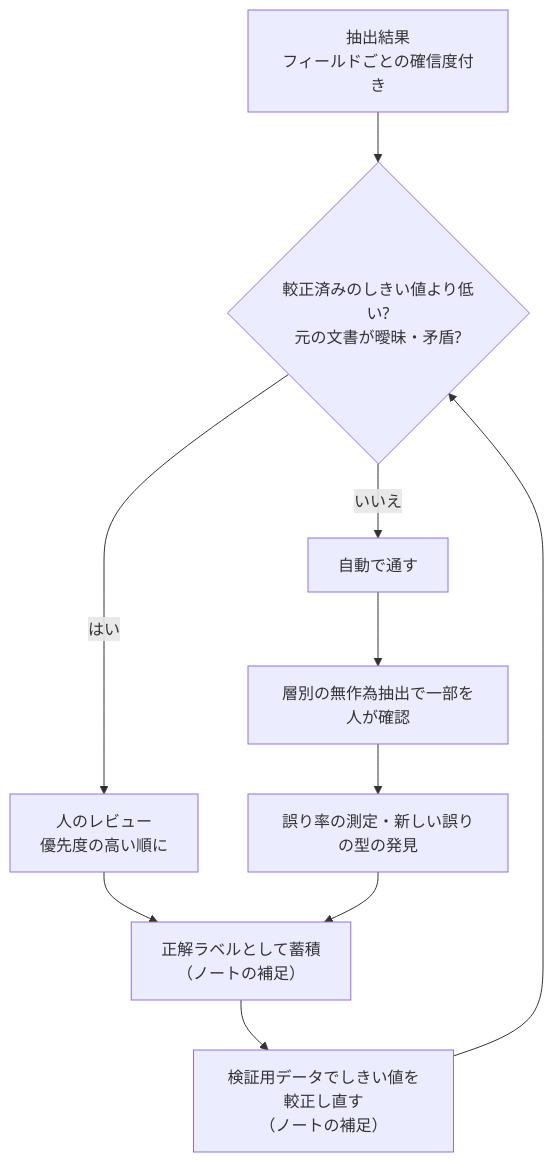
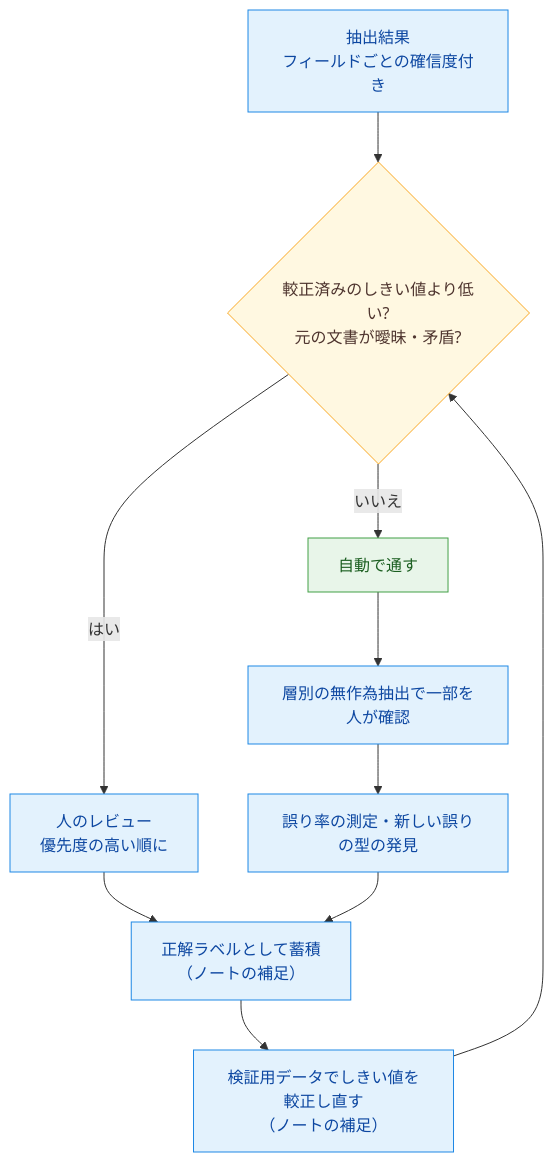
Before and after one commit to yuya-take/yuya-exam-notes: the diagram in ccaf/notes/05-context-reliability/human-review-confidence-calibration.md, drawn with Mermaid. The commit also changed other lines of this file and 50 other files, not shown here.

````diff
--- a/ccaf/notes/05-context-reliability/human-review-confidence-calibration.md
+++ b/ccaf/notes/05-context-reliability/human-review-confidence-calibration.md
@@ -12,12 +12,18 @@
 ```mermaid
 flowchart TD
-  A[抽出結果<br/>フィールドごとの確信度付き] --> B{較正済みのしきい値より低い?<br/>元の文書が曖昧・矛盾?}
-  B -- はい --> C[人のレビュー<br/>優先度の高い順に]
+  A["抽出結果<br/>フィールドごとの確信度付き"] --> B{"較正済みのしきい値より低い?<br/>元の文書が曖昧・矛盾?"}
+  B -- はい --> C["人のレビュー<br/>優先度の高い順に"]
   B -- いいえ --> D[自動で通す]
   D --> E[層別の無作為抽出で一部を人が確認]
   E --> F[誤り率の測定・新しい誤りの型の発見]
-  C --> G[正解ラベルとして蓄積<br/>（ノートの補足）]
+  C --> G["正解ラベルとして蓄積<br/>（ノートの補足）"]
   F --> G
-  G --> H[検証用データでしきい値を較正し直す<br/>（ノートの補足）]
+  G --> H["検証用データでしきい値を較正し直す<br/>（ノートの補足）"]
   H --> B
+  classDef run fill:#e3f2fd,stroke:#1e88e5,color:#0d47a1
+  classDef judge fill:#fff8e1,stroke:#f9a825,color:#4e342e
+  classDef done fill:#e8f5e9,stroke:#43a047,color:#1b5e20
+  class A,C,E,F,G,H run
+  class B judge
+  class D done
 ```
````
